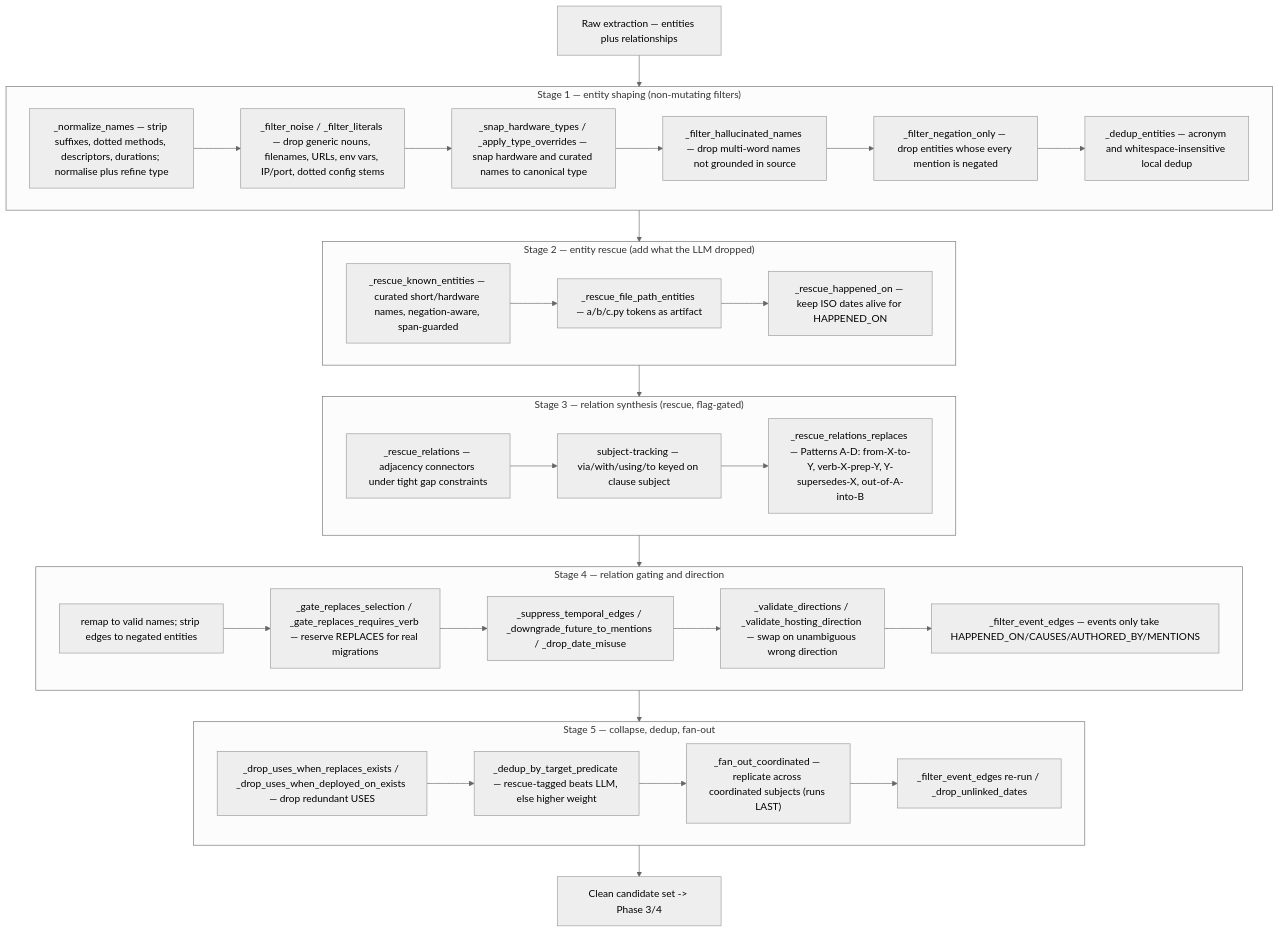
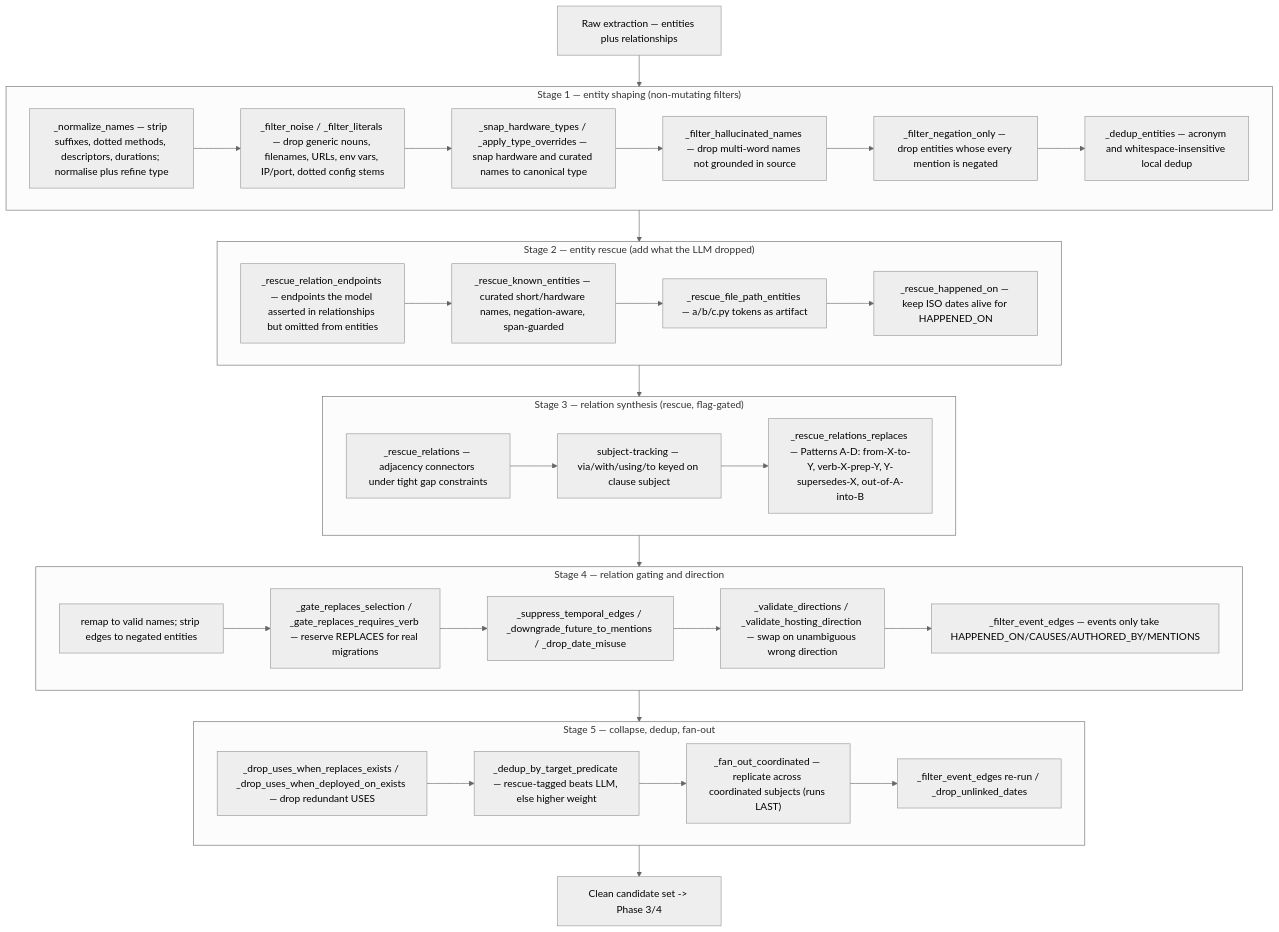
One commit to darkraise/darkmem changed the fourth of 13 diagrams in docs/design/06-knowledge-graph-and-taxonomy.md. Above: the diagram before and after it, drawn with Mermaid (neutral theme). The commit also changed 1 other file, not shown here.

Commit message:
docs(planning): log six controller rulings for wave 3
Ratifies T1.24b's declined phoenix v2 curated entry and records the
standard it sets, which T1.24c then satisfied with a general rule whose
held-out gain exceeded its gold gain.

Re-routes T1.16's Phase-3 cross-fingerprint finding from T1.19 to T1.22,
whose Done-when already names the property.

Records that T1.14 owns the front-door cutover T1.12 could not perform,
and that G-B may not claim doc 05 section 2 until it lands.

Corrects doc 06's Stage 2 diagram to four passes in registry order, and
records the gold/prompt disagreement on `gateway` for T1.24f plus the
orphaned ml_seed.py for whoever sweeps it.

````diff
--- a/docs/design/06-knowledge-graph-and-taxonomy.md
+++ b/docs/design/06-knowledge-graph-and-taxonomy.md
@@ -123,47 +123,48 @@
 ```mermaid
 flowchart TD
     Raw["Raw extraction — entities plus relationships"]
 
     subgraph S1["Stage 1 — entity shaping (non-mutating filters)"]
       A1["_normalize_names — strip suffixes, dotted methods, descriptors, durations; normalise plus refine type"]
       A2["_filter_noise / _filter_literals — drop generic nouns, filenames, URLs, env vars, IP/port, dotted config stems"]
       A3["_snap_hardware_types / _apply_type_overrides — snap hardware and curated names to canonical type"]
       A4["_filter_hallucinated_names — drop multi-word names not grounded in source"]
       A5["_filter_negation_only — drop entities whose every mention is negated"]
       A6["_dedup_entities — acronym and whitespace-insensitive local dedup"]
       A1 --> A2 --> A3 --> A4 --> A5 --> A6
     end
 
     subgraph S2["Stage 2 — entity rescue (add what the LLM dropped)"]
-      B1["_rescue_known_entities — curated short/hardware names, negation-aware, span-guarded"]
-      B2["_rescue_file_path_entities — a/b/c.py tokens as artifact"]
-      B3["_rescue_happened_on — keep ISO dates alive for HAPPENED_ON"]
-      B1 --> B2 --> B3
+      B1["_rescue_relation_endpoints — endpoints the model asserted in relationships but omitted from entities"]
+      B2["_rescue_known_entities — curated short/hardware names, negation-aware, span-guarded"]
+      B3["_rescue_file_path_entities — a/b/c.py tokens as artifact"]
+      B4["_rescue_happened_on — keep ISO dates alive for HAPPENED_ON"]
+      B1 --> B2 --> B3 --> B4
     end
 
     subgraph S3["Stage 3 — relation synthesis (rescue, flag-gated)"]
       C1["_rescue_relations — adjacency connectors under tight gap constraints"]
       C2["subject-tracking — via/with/using/to keyed on clause subject"]
       C3["_rescue_relations_replaces — Patterns A-D: from-X-to-Y, verb-X-prep-Y, Y-supersedes-X, out-of-A-into-B"]
       C1 --> C2 --> C3
     end
 
     subgraph S4["Stage 4 — relation gating and direction"]
       D1["remap to valid names; strip edges to negated entities"]
       D2["_gate_replaces_selection / _gate_replaces_requires_verb — reserve REPLACES for real migrations"]
       D3["_suppress_temporal_edges / _downgrade_future_to_mentions / _drop_date_misuse"]
       D4["_validate_directions / _validate_hosting_direction — swap on unambiguous wrong direction"]
       D5["_filter_event_edges — events only take HAPPENED_ON/CAUSES/AUTHORED_BY/MENTIONS"]
       D1 --> D2 --> D3 --> D4 --> D5
     end
 
     subgraph S5["Stage 5 — collapse, dedup, fan-out"]
       E1["_drop_uses_when_replaces_exists / _drop_uses_when_deployed_on_exists — drop redundant USES"]
       E2["_dedup_by_target_predicate — rescue-tagged beats LLM, else higher weight"]
       E3["_fan_out_coordinated — replicate across coordinated subjects (runs LAST)"]
       E4["_filter_event_edges re-run / _drop_unlinked_dates"]
       E1 --> E2 --> E3 --> E4
     end
 
     Raw --> S1 --> S2 --> S3 --> S4 --> S5 --> Clean["Clean candidate set -> Phase 3/4"]
 ```
````
